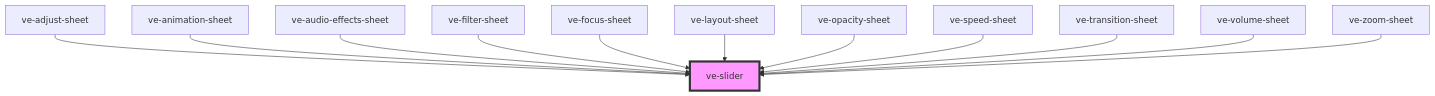
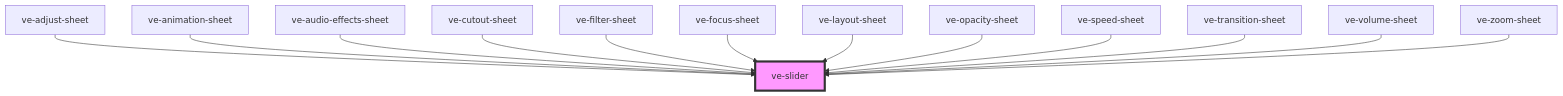
Before and after one commit to dotnetdreamer/capacitor-video-kit: the diagram in src/components/ve-slider/readme.md, drawn with Mermaid. The commit also changed other lines of this file and 93 other files, not shown here.

````diff
--- a/src/components/ve-slider/readme.md
+++ b/src/components/ve-slider/readme.md
@@ -90,15 +91,16 @@
 ```mermaid
 graph TD;
   ve-adjust-sheet --> ve-slider
   ve-animation-sheet --> ve-slider
   ve-audio-effects-sheet --> ve-slider
+  ve-cutout-sheet --> ve-slider
   ve-filter-sheet --> ve-slider
   ve-focus-sheet --> ve-slider
   ve-layout-sheet --> ve-slider
   ve-opacity-sheet --> ve-slider
   ve-speed-sheet --> ve-slider
   ve-transition-sheet --> ve-slider
   ve-volume-sheet --> ve-slider
   ve-zoom-sheet --> ve-slider
   style ve-slider fill:#f9f,stroke:#333,stroke-width:4px
 ```
````
